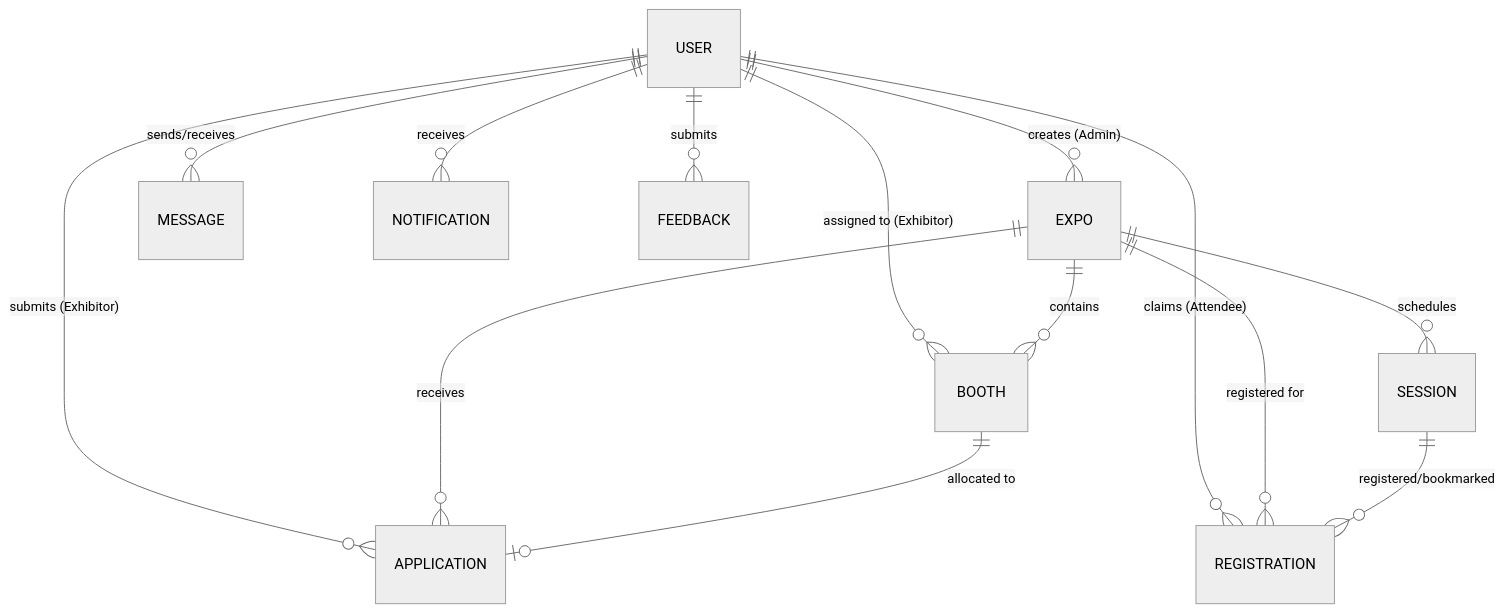
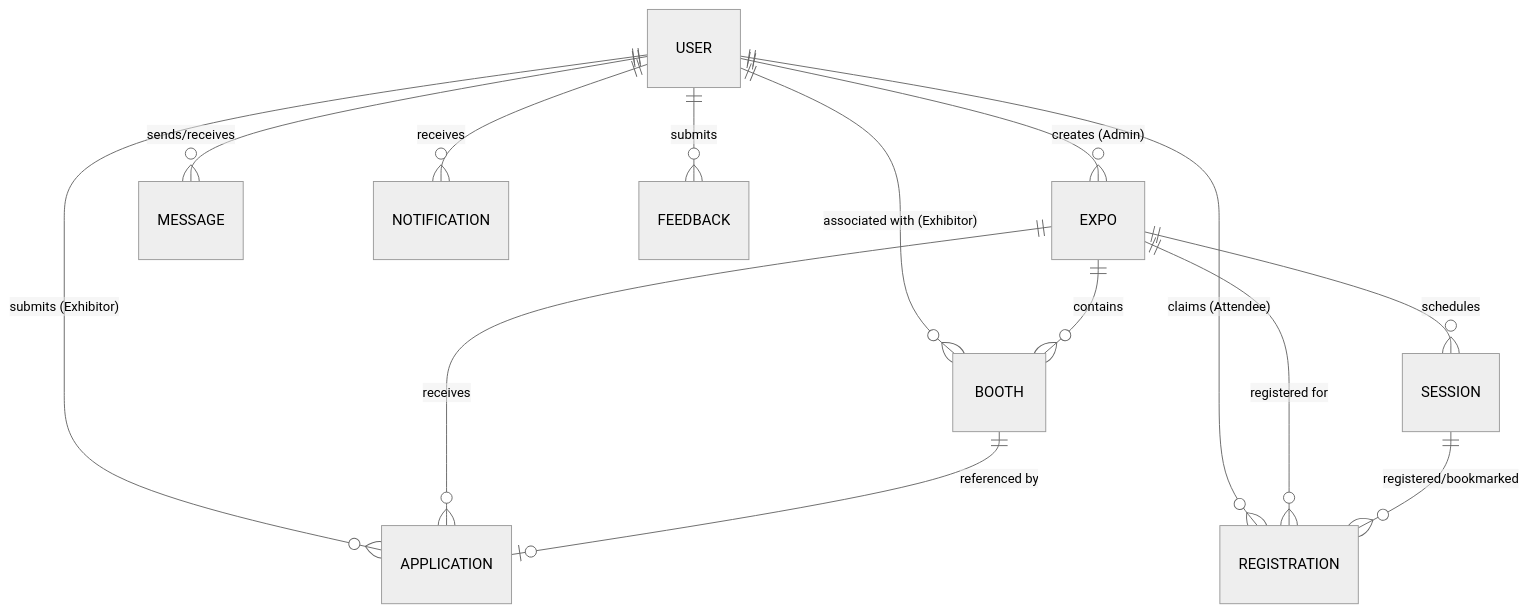
Before and after one commit to WANIYAM/EventSphere_Eproject: the second of 3 diagrams in docs/DEVELOPER_GUIDE.md, drawn with Mermaid (neutral theme). The commit also changed other lines of this file and 7 other files, not shown here.

````diff
--- a/docs/DEVELOPER_GUIDE.md
+++ b/docs/DEVELOPER_GUIDE.md
@@ -382,18 +382,18 @@
 ```mermaid
 erDiagram
     USER ||--o{ EXPO : "creates (Admin)"
     USER ||--o{ APPLICATION : "submits (Exhibitor)"
-    USER ||--o{ BOOTH : "assigned to (Exhibitor)"
+    USER ||--o{ BOOTH : "associated with (Exhibitor)"
     USER ||--o{ REGISTRATION : "claims (Attendee)"
     USER ||--o{ MESSAGE : "sends/receives"
     USER ||--o{ NOTIFICATION : "receives"
     USER ||--o{ FEEDBACK : "submits"
 
     EXPO ||--o{ BOOTH : "contains"
     EXPO ||--o{ SESSION : "schedules"
     EXPO ||--o{ APPLICATION : "receives"
     EXPO ||--o{ REGISTRATION : "registered for"
 
-    BOOTH ||--o| APPLICATION : "allocated to"
+    BOOTH ||--o| APPLICATION : "referenced by"
     SESSION ||--o{ REGISTRATION : "registered/bookmarked"
 ```
````
